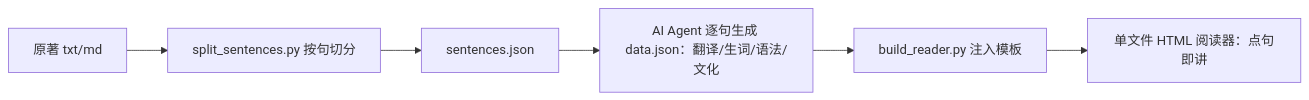
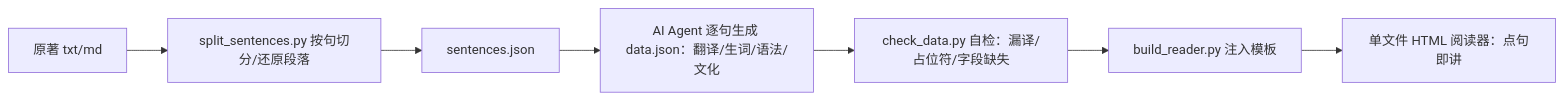
One commit to feuyeux/hello-skills changed the second of 2 diagrams in README.md. Above: the diagram before and after it, drawn with Mermaid. The commit also changed other lines of this file and 3 other files, not shown here.

````diff
--- a/README.md
+++ b/README.md
@@ -137,8 +137,9 @@
 ```mermaid
 flowchart LR
-    A["原著 txt/md"] --> B["split_sentences.py 按句切分"]
+    A["原著 txt/md"] --> B["split_sentences.py 按句切分/还原段落"]
     B --> C["sentences.json"]
     C --> D["AI Agent 逐句生成 data.json：翻译/生词/语法/文化"]
-    D --> E["build_reader.py 注入模板"]
+    D --> D2["check_data.py 自检：漏译/占位符/字段缺失"]
+    D2 --> E["build_reader.py 注入模板"]
     E --> F["单文件 HTML 阅读器：点句即讲"]
 ```
````
